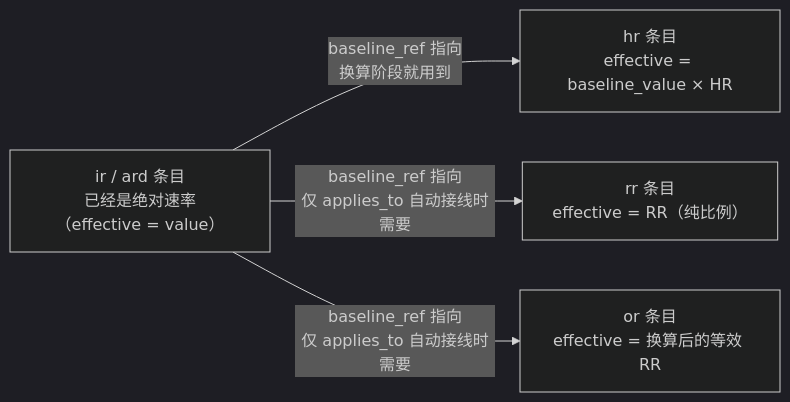
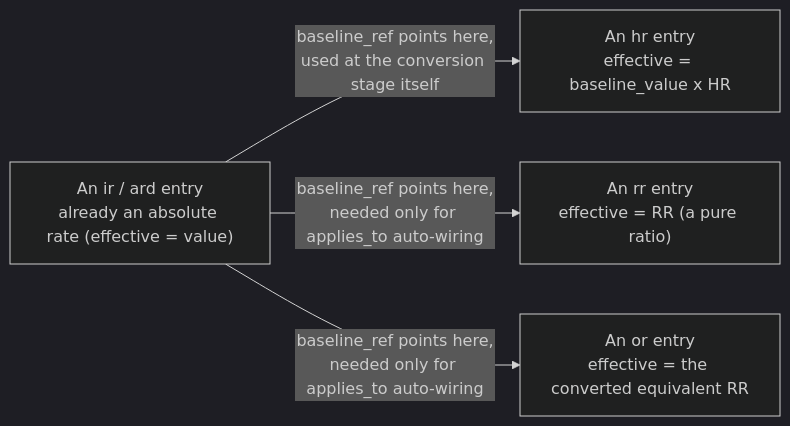
The second of 2 diagrams in docs/evidence/conversion.md (shenfan19/life-matters-reference-engine), drawn with Mermaid (dark theme) before and after one commit. The commit also changed other lines of this file and 81 other files, not shown here.

````diff
--- a/docs/evidence/conversion.md
+++ b/docs/evidence/conversion.md
@@ -72,7 +72,7 @@
 ```mermaid
 flowchart LR
-    IR["ir / ard 条目<br/>已经是绝对速率（effective = value）"]
-    IR -->|"baseline_ref 指向<br/>换算阶段就用到"| HR["hr 条目<br/>effective = baseline_value × HR"]
-    IR -->|"baseline_ref 指向<br/>仅 applies_to 自动接线时需要"| RR["rr 条目<br/>effective = RR（纯比例）"]
-    IR -->|"baseline_ref 指向<br/>仅 applies_to 自动接线时需要"| OR["or 条目<br/>effective = 换算后的等效 RR"]
+    IR["An ir / ard entry<br/>already an absolute rate (effective = value)"]
+    IR -->|"baseline_ref points here,<br/>used at the conversion stage itself"| HR["An hr entry<br/>effective = baseline_value x HR"]
+    IR -->|"baseline_ref points here,<br/>needed only for applies_to auto-wiring"| RR["An rr entry<br/>effective = RR (a pure ratio)"]
+    IR -->|"baseline_ref points here,<br/>needed only for applies_to auto-wiring"| OR["An or entry<br/>effective = the converted equivalent RR"]
 ```
````
